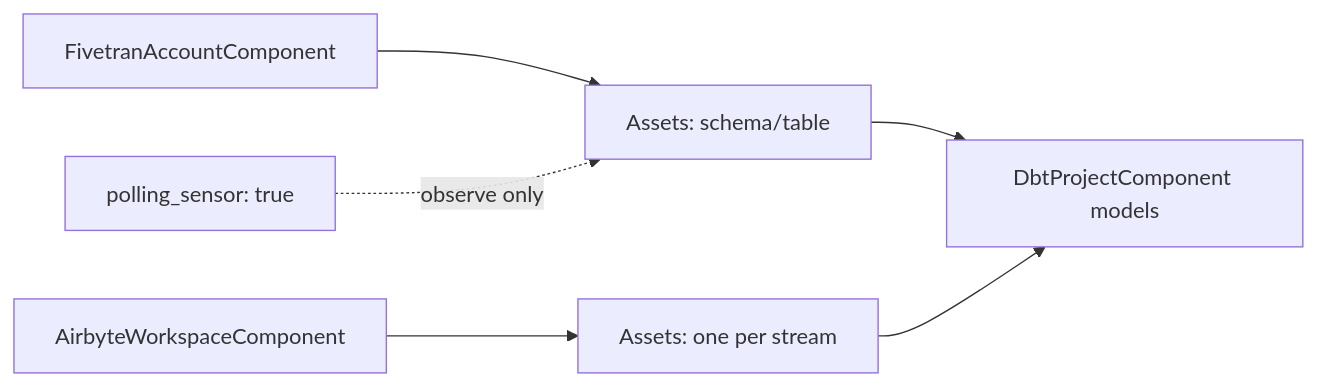
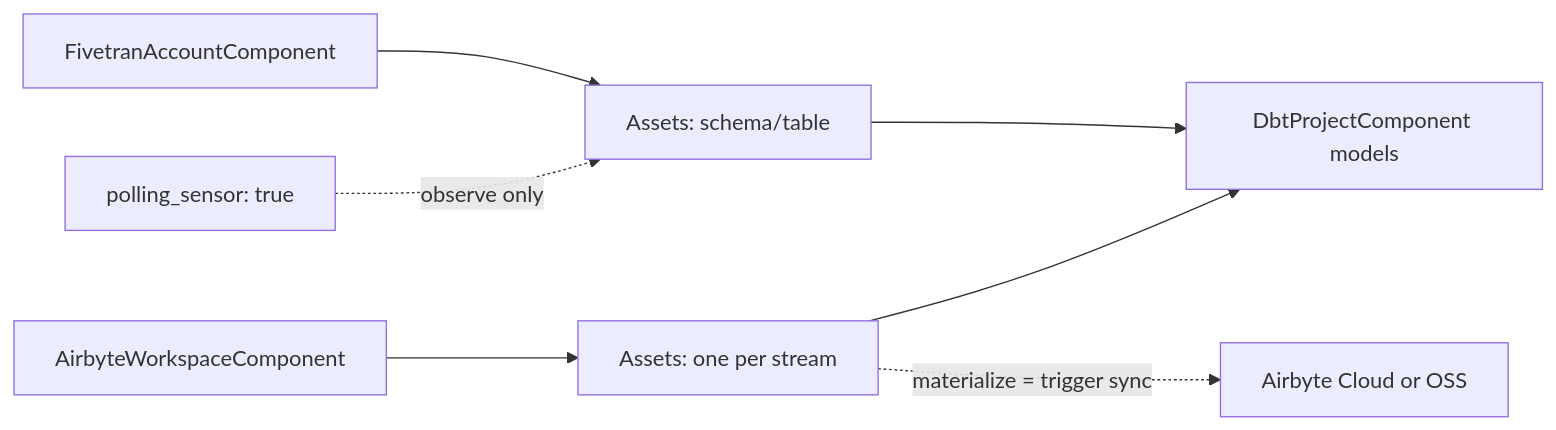
Before and after one commit to infroid/temporal-vs-dagster: the eighth of 10 diagrams in docs/06-data-ingestion.md, drawn with Mermaid. The commit also changed other lines of this file and 10 other files, not shown here.

````diff
--- a/docs/06-data-ingestion.md
+++ b/docs/06-data-ingestion.md
@@ -159,8 +161,9 @@
 ```mermaid
 flowchart LR
     FC["FivetranAccountComponent"] --> FA["Assets: schema/table"]
     AC["AirbyteWorkspaceComponent"] --> AA["Assets: one per stream"]
     FA --> DBT["DbtProjectComponent models"]
     AA --> DBT
     PS["polling_sensor: true"] -.->|"observe only"| FA
+    AA -.->|"materialize = trigger sync"| AB["Airbyte Cloud or OSS"]
 ```
````
